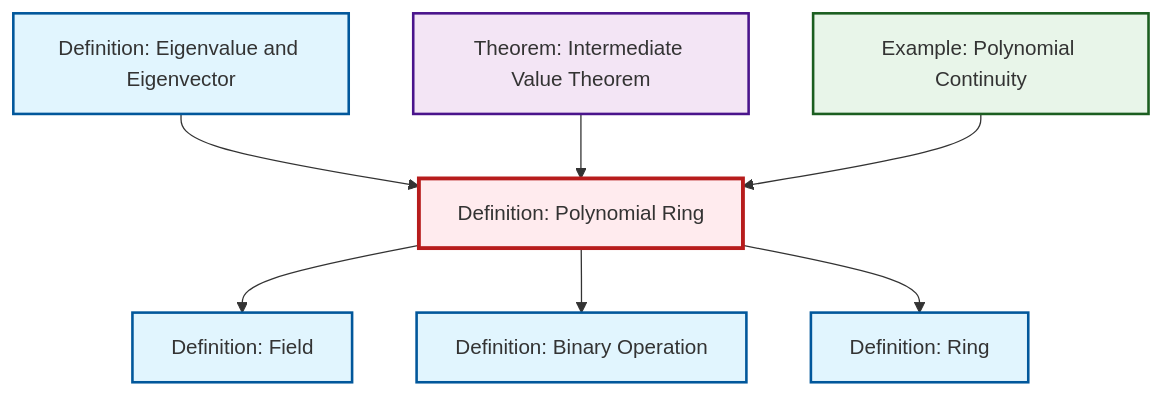
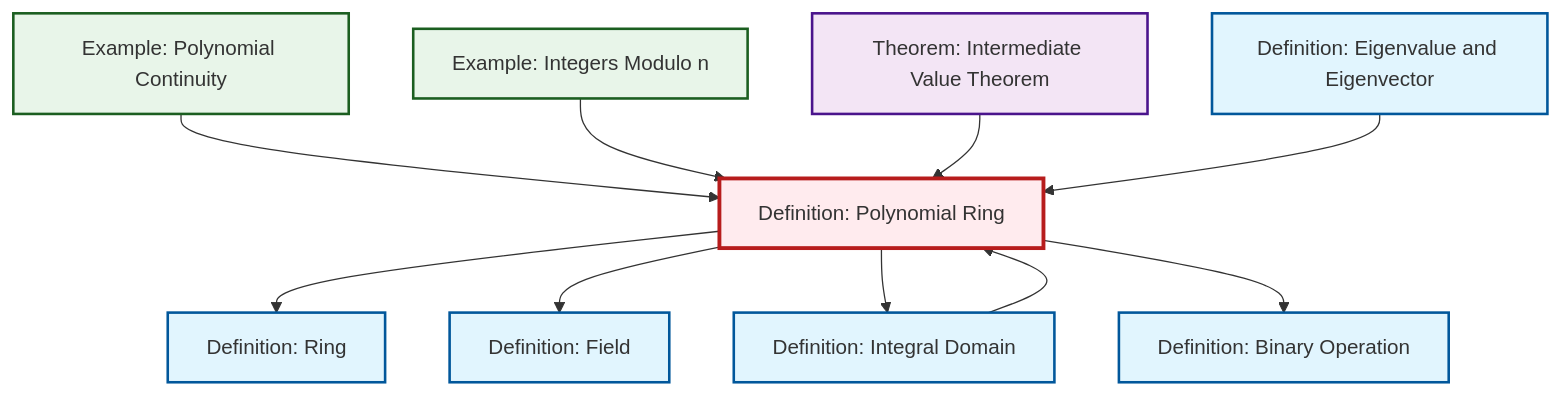
One commit to RK0429/ModernMath changed the diagram in content/ja/algebra/def-polynomial-ring.qmd. Above: the diagram before and after it, drawn with Mermaid. The commit also changed other lines of this file and 597 other files, not shown here.

````diff
--- a/content/ja/algebra/def-polynomial-ring.qmd
+++ b/content/ja/algebra/def-polynomial-ring.qmd
@@ -94,29 +94,36 @@
 ```{mermaid}
 %%| fig-cap: "Local dependency graph"
 graph TD
     classDef definition fill:#e1f5fe,stroke:#01579b,stroke-width:2px
     classDef theorem fill:#f3e5f5,stroke:#4a148c,stroke-width:2px
     classDef axiom fill:#fff3e0,stroke:#e65100,stroke-width:2px
     classDef example fill:#e8f5e9,stroke:#1b5e20,stroke-width:2px
     classDef current fill:#ffebee,stroke:#b71c1c,stroke-width:3px
-    def-binary-operation["Definition: Binary Operation"]:::definition
-    def-ring["Definition: Ring"]:::definition
-    def-eigenvalue-eigenvector["Definition: Eigenvalue and Eigenvector"]:::definition
     ex-polynomial-continuity["Example: Polynomial Continuity"]:::example
+    def-integral-domain["Definition: Integral Domain"]:::definition
+    ex-quotient-integers-mod-n["Example: Integers Modulo n"]:::example
     def-polynomial-ring["Definition: Polynomial Ring"]:::definition
     thm-intermediate-value["Theorem: Intermediate Value Theorem"]:::theorem
+    def-ring["Definition: Ring"]:::definition
     def-field["Definition: Field"]:::definition
+    def-eigenvalue-eigenvector["Definition: Eigenvalue and Eigenvector"]:::definition
+    def-binary-operation["Definition: Binary Operation"]:::definition
+    def-integral-domain --> def-polynomial-ring
+    ex-polynomial-continuity --> def-polynomial-ring
+    ex-quotient-integers-mod-n --> def-polynomial-ring
+    def-polynomial-ring --> def-ring
     def-polynomial-ring --> def-field
+    thm-intermediate-value --> def-polynomial-ring
+    def-polynomial-ring --> def-integral-domain
+    def-eigenvalue-eigenvector --> def-polynomial-ring
     def-polynomial-ring --> def-binary-operation
-    def-eigenvalue-eigenvector --> def-polynomial-ring
-    def-polynomial-ring --> def-ring
-    thm-intermediate-value --> def-polynomial-ring
-    ex-polynomial-continuity --> def-polynomial-ring
     class def-polynomial-ring current
+    click ex-polynomial-continuity "ex-polynomial-continuity.html" "Example: Polynomial Continuityへ"
+    click def-integral-domain "def-integral-domain.html" "Definition: Integral Domainへ"
+    click ex-quotient-integers-mod-n "ex-quotient-integers-mod-n.html" "Example: Integers Modulo nへ"
+    click thm-intermediate-value "thm-intermediate-value.html" "Theorem: Intermediate Value Theoremへ"
+    click def-ring "def-ring.html" "Definition: Ringへ"
+    click def-field "def-field.html" "Definition: Fieldへ"
+    click def-eigenvalue-eigenvector "def-eigenvalue-eigenvector.html" "Definition: Eigenvalue and Eigenvectorへ"
     click def-binary-operation "def-binary-operation.html" "Definition: Binary Operationへ"
-    click def-ring "def-ring.html" "Definition: Ringへ"
-    click def-eigenvalue-eigenvector "def-eigenvalue-eigenvector.html" "Definition: Eigenvalue and Eigenvectorへ"
-    click ex-polynomial-continuity "ex-polynomial-continuity.html" "Example: Polynomial Continuityへ"
-    click thm-intermediate-value "thm-intermediate-value.html" "Theorem: Intermediate Value Theoremへ"
-    click def-field "def-field.html" "Definition: Fieldへ"
 ```
````
